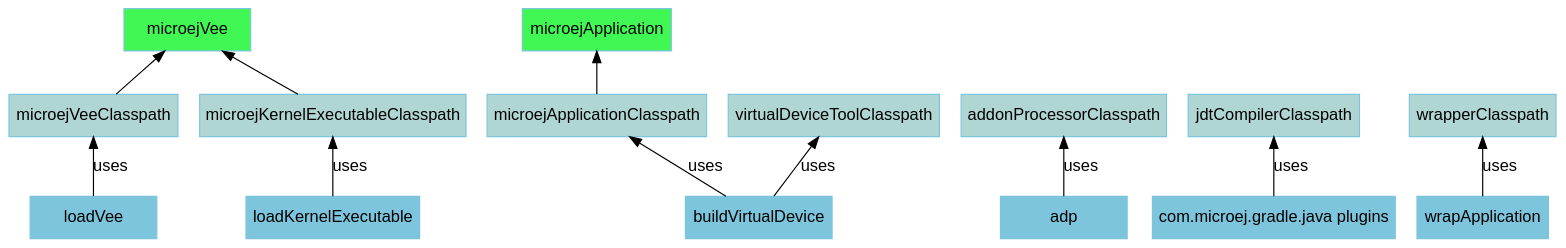
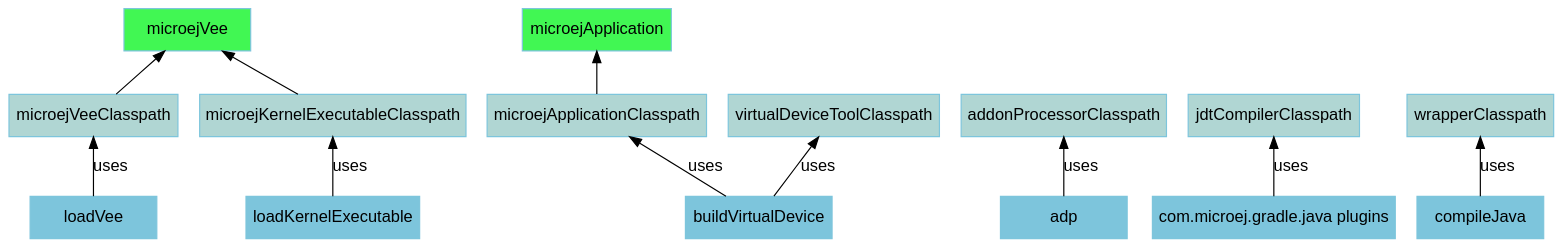
Before and after one commit to MicroEJ/docs: the diagram in SDK6UserGuide/appendix/graphConfigurations.dot, drawn with Graphviz. The commit also changed 3 other files, not shown here.

Commit message:
remove the wrapApplication task

```diff
--- a/SDK6UserGuide/appendix/graphConfigurations.dot
+++ b/SDK6UserGuide/appendix/graphConfigurations.dot
@@ -1,33 +1,33 @@
 digraph mygraph {
     rankdir="BT";
     bgcolor="transparent"
     fontname="Helvetica,Arial,sans-serif"
     node [
         shape = box
         width = 1.5
         color = "#7dc5dc"
         style = filled
         fontname="Helvetica,Arial,sans-serif"
     ]
     edge [fontname="Helvetica,Arial,sans-serif"]
     "microejVee" [fillcolor = "#41f753"]
     "microejApplication" [fillcolor = "#41f753"]
     "microejApplicationClasspath" [fillcolor = "#b0d6d3"]
     "microejVeeClasspath" [fillcolor = "#b0d6d3"]
     "microejKernelExecutableClasspath" [fillcolor = "#b0d6d3"]
     "virtualDeviceToolClasspath" [fillcolor = "#b0d6d3"]
     "addonProcessorClasspath" [fillcolor = "#b0d6d3"]
     "jdtCompilerClasspath" [fillcolor = "#b0d6d3"]
     "wrapperClasspath" [fillcolor = "#b0d6d3"]
 
     "loadVee" -> "microejVeeClasspath" [ label="uses" ]
     "microejVeeClasspath" -> "microejVee"
     "loadKernelExecutable" -> "microejKernelExecutableClasspath" [ label="uses" ]
     "microejKernelExecutableClasspath" -> "microejVee"
     "buildVirtualDevice" -> "microejApplicationClasspath" [ label="uses" ]
     "buildVirtualDevice" -> "virtualDeviceToolClasspath" [ label="uses" ]
     "microejApplicationClasspath" -> "microejApplication"
     "adp" -> "addonProcessorClasspath" [ label="uses" ]
     "com.microej.gradle.java plugins" -> "jdtCompilerClasspath" [ label="uses" ]
-    "wrapApplication" -> "wrapperClasspath" [ label="uses" ]
+    "compileJava" -> "wrapperClasspath" [ label="uses" ]
 }
```
